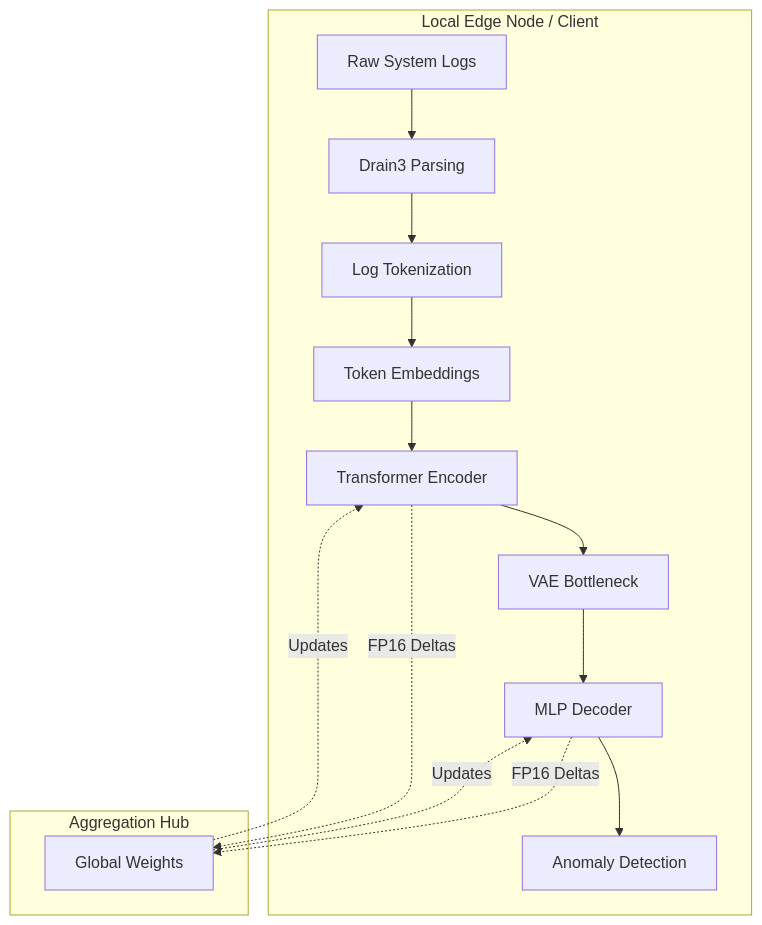
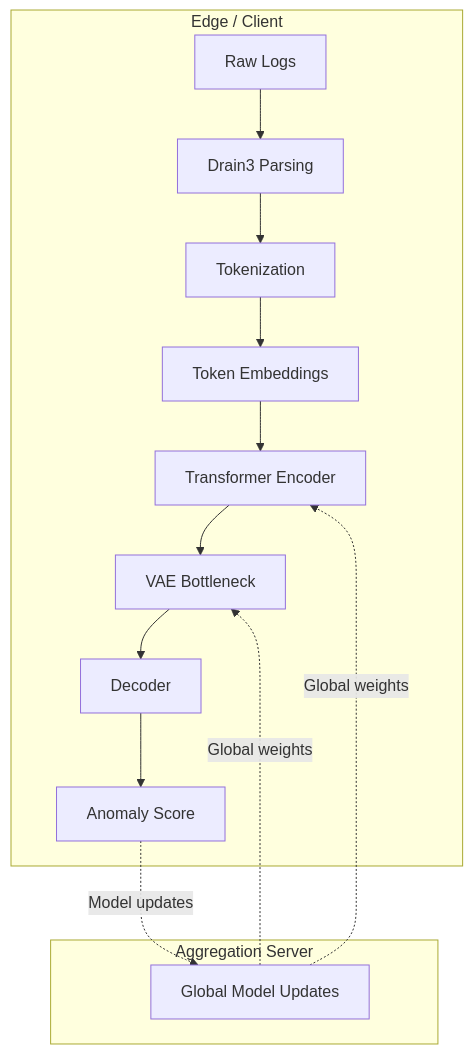
Before and after one commit to Dharshan-K-2904/FedVAE-Trans: the diagram in README.md, drawn with Mermaid. The commit also changed other lines of this file, not shown here.

````diff
--- a/README.md
+++ b/README.md
@@ -21,30 +35,20 @@
 ```mermaid
 graph TD
-    subgraph EC ["Local Edge Node / Client"]
-        A["Raw System Logs"]
-        B["Drain3 Parsing"] 
-        C["Log Tokenization"]
-        D["Token Embeddings"]
-        E["Transformer Encoder"]
-        F["VAE Bottleneck"]
-        G["MLP Decoder"]
-        H["Anomaly Detection"]
+    subgraph Client[Edge / Client]
+        A[Raw Logs] --> B[Drain3 Parsing]
+        B --> C[Tokenization]
+        C --> D[Token Embeddings]
+        D --> E[Transformer Encoder]
+        E --> F[VAE Bottleneck]
+        F --> G[Decoder]
+        G --> H[Anomaly Score]
     end
-    
-    subgraph CS ["Aggregation Hub"]
-        I["Global Weights"]
+
+    subgraph Server[Aggregation Server]
+        I[Global Model Updates]
     end
-    
-    A --> B
-    B --> C
-    C --> D
-    D --> E
-    E --> F
-    F --> G
-    G --> H
-    E -.->|FP16 Deltas| I
-    G -.->|FP16 Deltas| I
-    I -.->|Updates| E
-    I -.->|Updates| G
 
+    H -.->|Model updates| I
+    I -.->|Global weights| E
+    I -.->|Global weights| F
 ```
````
